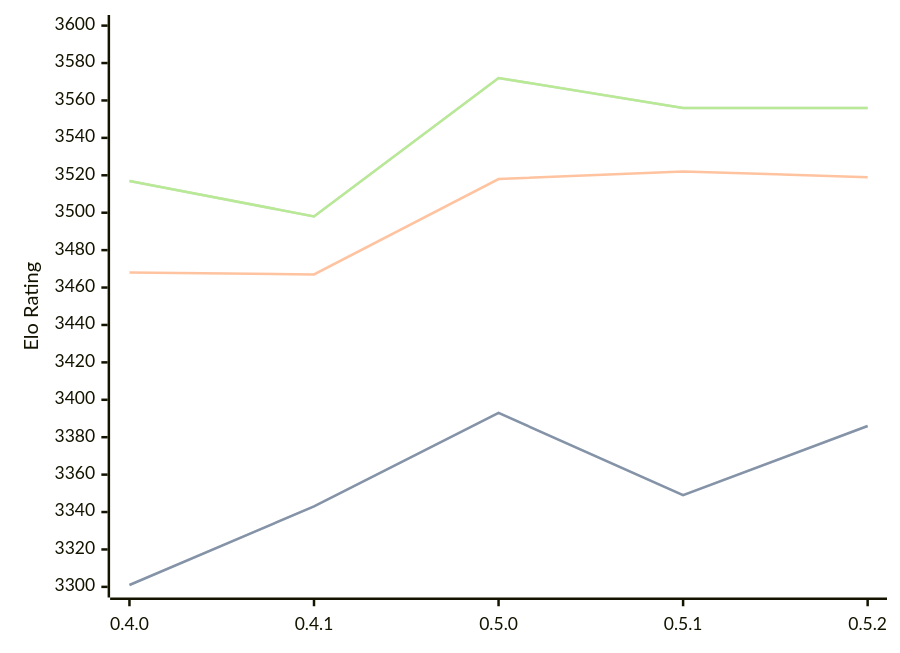
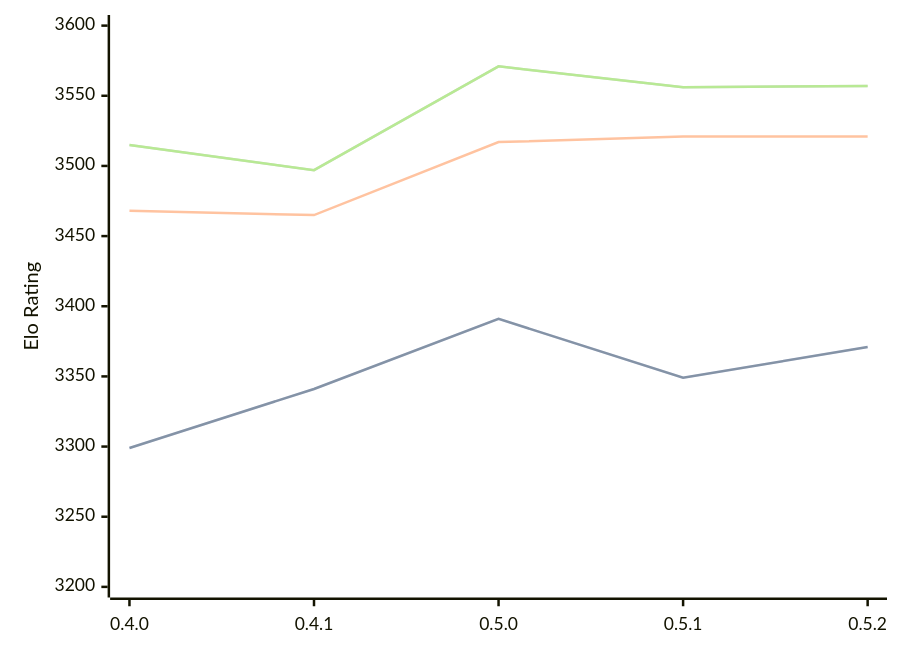
The first of 3 diagrams in engines/Cinder.md (computer-chess-index/cci), drawn with Mermaid before and after one commit. The commit also changed other lines of this file, not shown here.

Commit message:
Update CCI Ratings (ELO VLTC) - 2026-07-15

````diff
--- a/engines/Cinder.md
+++ b/engines/Cinder.md
@@ -43,11 +43,11 @@
 ```mermaid
 %%{init: {"theme":"base","themeVariables":{"seriesColors:['#a3a3a3','#222221','#faa371']}}}%%
 xychart-beta
   x-axis ["0.4.0", "0.4.1", "0.5.0", "0.5.1", "0.5.2"]
-  y-axis "Elo Rating" 3300 --> 3600
-  line "STC (8.0+0.08s)" [3301, 3343, 3393, 3349, 3386]
-  line "STC (8.0+0.08s)" [3301, 3343, 3393, 3349, 3386]
-  line "LTC (60.0+0.60s)" [3468, 3467, 3518, 3522, 3519]
-  line "VLTC (2m24s+1.12s)" [3517, 3498, 3572, 3556, 3556]
-  line "VLTC (2m24s+1.12s)" [3517, 3498, 3572, 3556, 3556]
+  y-axis "Elo Rating" 3200 --> 3600
+  line "STC (8.0+0.08s)" [3299, 3341, 3391, 3349, 3371]
+  line "STC (8.0+0.08s)" [3299, 3341, 3391, 3349, 3371]
+  line "LTC (60.0+0.60s)" [3468, 3465, 3517, 3521, 3521]
+  line "VLTC (2m24s+1.12s)" [3515, 3497, 3571, 3556, 3557]
+  line "VLTC (2m24s+1.12s)" [3515, 3497, 3571, 3556, 3557]
 ```
````
